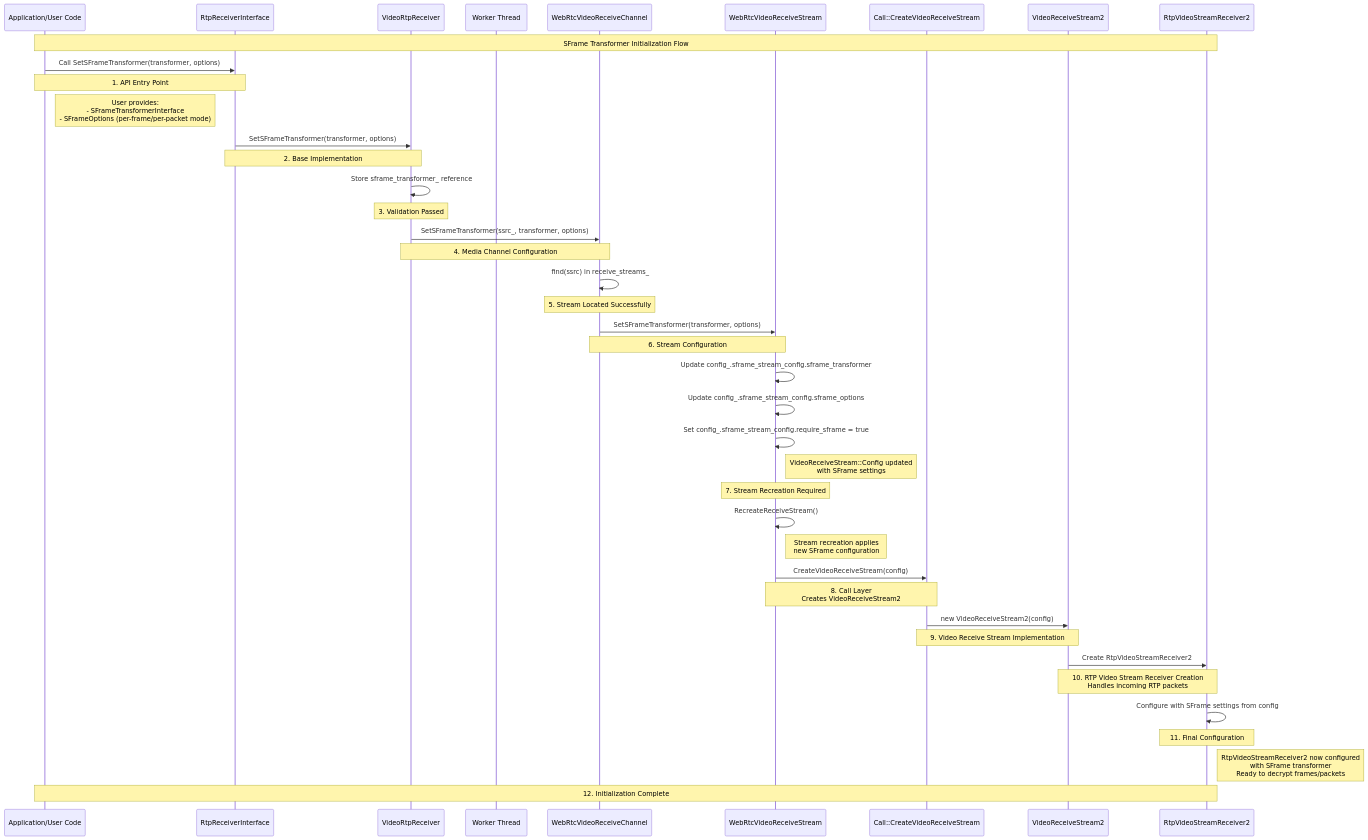
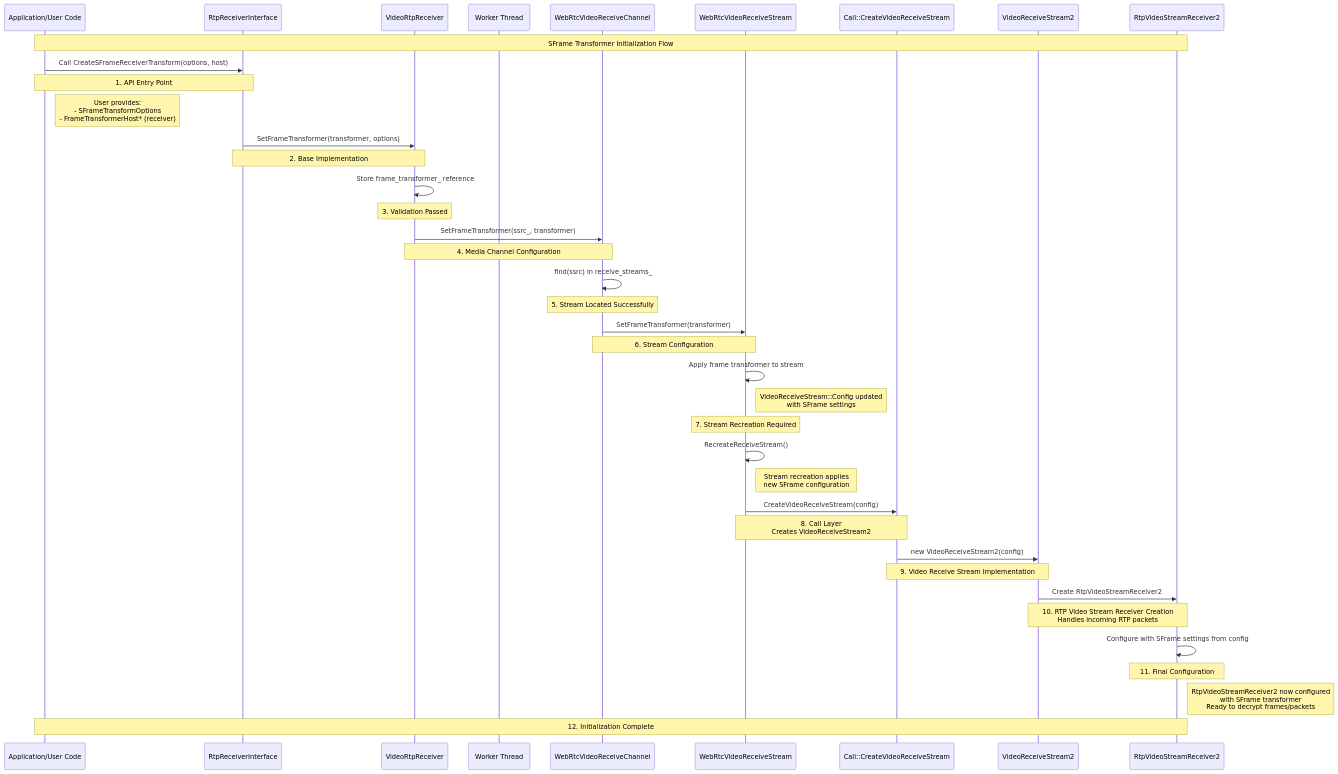
Before and after one commit to webex/webrtc-sframe: the first of 2 diagrams in video-receiver.md, drawn with Mermaid. The commit also changed other lines of this file and 5 other files, not shown here.

````diff
--- a/video-receiver.md
+++ b/video-receiver.md
@@ -16,63 +13,61 @@
 ```mermaid
 sequenceDiagram
     participant User as Application/User Code
     participant API as RtpReceiverInterface
     participant Base as VideoRtpReceiver
     participant Worker as Worker Thread
     participant Channel as WebRtcVideoReceiveChannel
     participant Stream as WebRtcVideoReceiveStream
     participant Call as Call::CreateVideoReceiveStream
     participant VSImpl as VideoReceiveStream2
     participant RtpVideoReceiver as RtpVideoStreamReceiver2
 
     Note over User, RtpVideoReceiver: SFrame Transformer Initialization Flow
 
     %% API Level Initialization
-    User->>API: Call SetSFrameTransformer(transformer, options)
+    User->>API: Call CreateSFrameReceiverTransform(options, host)
     Note over User, API: 1. API Entry Point
-    Note right of User: User provides:<br/>- SFrameTransformerInterface<br/>- SFrameOptions (per-frame/per-packet mode)
+    Note right of User: User provides:<br/>- SFrameTransformOptions<br/>- FrameTransformerHost* (receiver)
 
     %% VideoRtpReceiver Processing
-    API->>Base: SetSFrameTransformer(transformer, options)
+    API->>Base: SetFrameTransformer(transformer, options)
     Note over API, Base: 2. Base Implementation
-    Base->>Base: Store sframe_transformer_ reference
+    Base->>Base: Store frame_transformer_ reference
 
     %% Validation and Processing
     Note over Base: 3. Validation Passed
-    Base->>Channel: SetSFrameTransformer(ssrc_, transformer, options)
+    Base->>Channel: SetFrameTransformer(ssrc_, transformer)
     Note over Base, Channel: 4. Media Channel Configuration
 
     %% Stream Lookup and Configuration
     Channel->>Channel: find(ssrc) in receive_streams_
     Note over Channel: 5. Stream Located Successfully
-    Channel->>Stream: SetSFrameTransformer(transformer, options)
+    Channel->>Stream: SetFrameTransformer(transformer)
 
     %% Stream Configuration Update
     Note over Channel, Stream: 6. Stream Configuration
-    Stream->>Stream: Update config_.sframe_stream_config.sframe_transformer
-    Stream->>Stream: Update config_.sframe_stream_config.sframe_options
-    Stream->>Stream: Set config_.sframe_stream_config.require_sframe = true
+    Stream->>Stream: Apply frame transformer to stream
     Note right of Stream: VideoReceiveStream::Config updated<br/>with SFrame settings
 
     %% Stream Recreation and Creation Pipeline
     Note over Stream: 7. Stream Recreation Required
     Stream->>Stream: RecreateReceiveStream()
     Note right of Stream: Stream recreation applies<br/>new SFrame configuration
 
     %% Video Receive Stream Creation Pipeline
     Stream->>Call: CreateVideoReceiveStream(config)
     Note over Stream, Call: 8. Call Layer<br/>Creates VideoReceiveStream2
 
     Call->>VSImpl: new VideoReceiveStream2(config)
     Note over Call, VSImpl: 9. Video Receive Stream Implementation
 
     VSImpl->>RtpVideoReceiver: Create RtpVideoStreamReceiver2
     Note over VSImpl, RtpVideoReceiver: 10. RTP Video Stream Receiver Creation<br/>Handles incoming RTP packets
 
     RtpVideoReceiver->>RtpVideoReceiver: Configure with SFrame settings from config
     Note over RtpVideoReceiver: 11. Final Configuration
     Note right of RtpVideoReceiver: RtpVideoStreamReceiver2 now configured<br/>with SFrame transformer<br/>Ready to decrypt frames/packets
 
     %% Success Response
     Note over User, RtpVideoReceiver: 12. Initialization Complete
 ```
````
